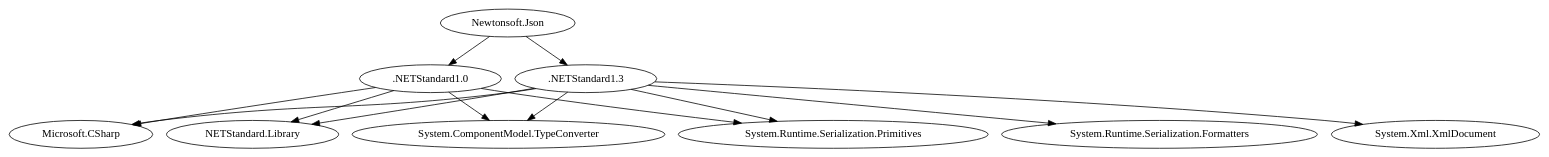
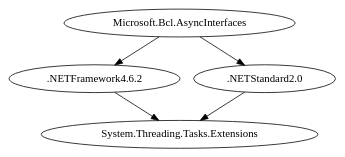
One commit to elinaleonovva/Konfig_leonova changed the diagram in ДЗ/DZ2/dependencies.dot. Above: the diagram before and after it, drawn with Graphviz. The commit also changed 2 other files, not shown here.

```diff
--- a/ДЗ/DZ2/dependencies.dot
+++ b/ДЗ/DZ2/dependencies.dot
@@ -1,14 +1,6 @@
 digraph G {
-"Newtonsoft.Json" -> ".NETStandard1.0";
-".NETStandard1.0" -> "Microsoft.CSharp";
-".NETStandard1.0" -> "NETStandard.Library";
-".NETStandard1.0" -> "System.ComponentModel.TypeConverter";
-".NETStandard1.0" -> "System.Runtime.Serialization.Primitives";
-"Newtonsoft.Json" -> ".NETStandard1.3";
-".NETStandard1.3" -> "Microsoft.CSharp";
-".NETStandard1.3" -> "NETStandard.Library";
-".NETStandard1.3" -> "System.ComponentModel.TypeConverter";
-".NETStandard1.3" -> "System.Runtime.Serialization.Formatters";
-".NETStandard1.3" -> "System.Runtime.Serialization.Primitives";
-".NETStandard1.3" -> "System.Xml.XmlDocument";
+"Microsoft.Bcl.AsyncInterfaces" -> ".NETFramework4.6.2";
+".NETFramework4.6.2" -> "System.Threading.Tasks.Extensions";
+"Microsoft.Bcl.AsyncInterfaces" -> ".NETStandard2.0";
+".NETStandard2.0" -> "System.Threading.Tasks.Extensions";
 }
```
